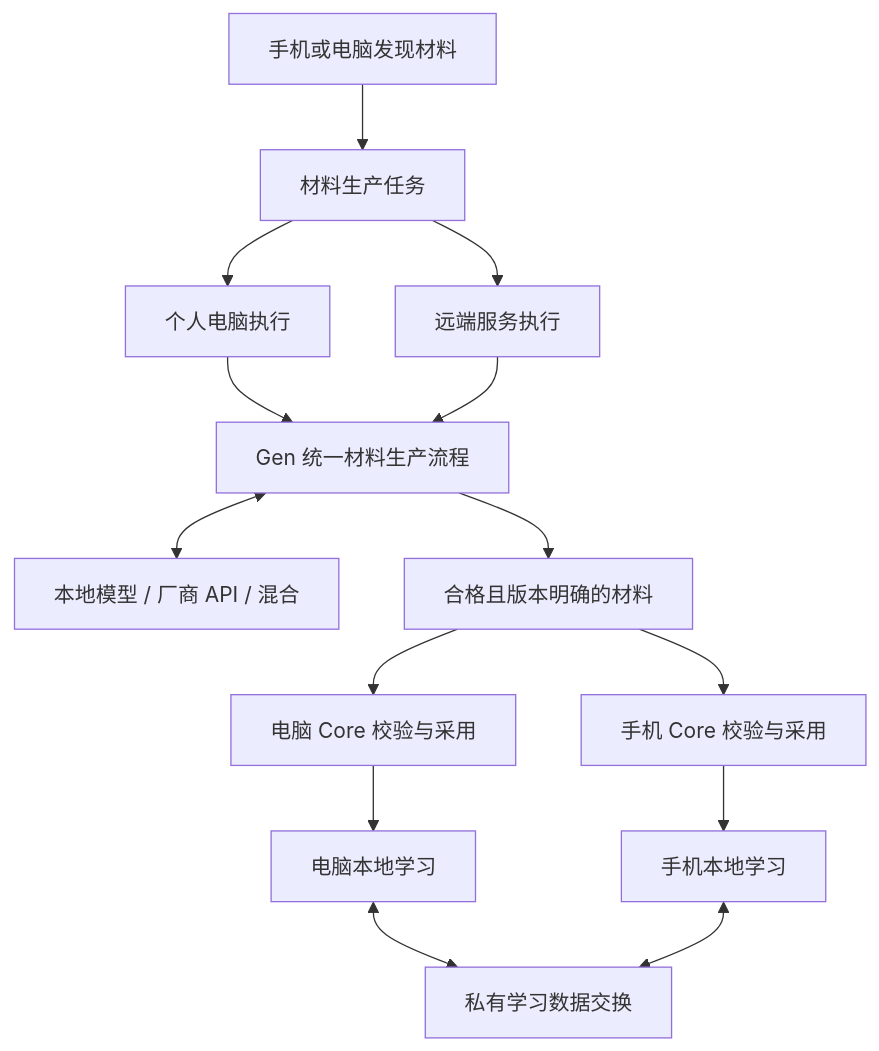
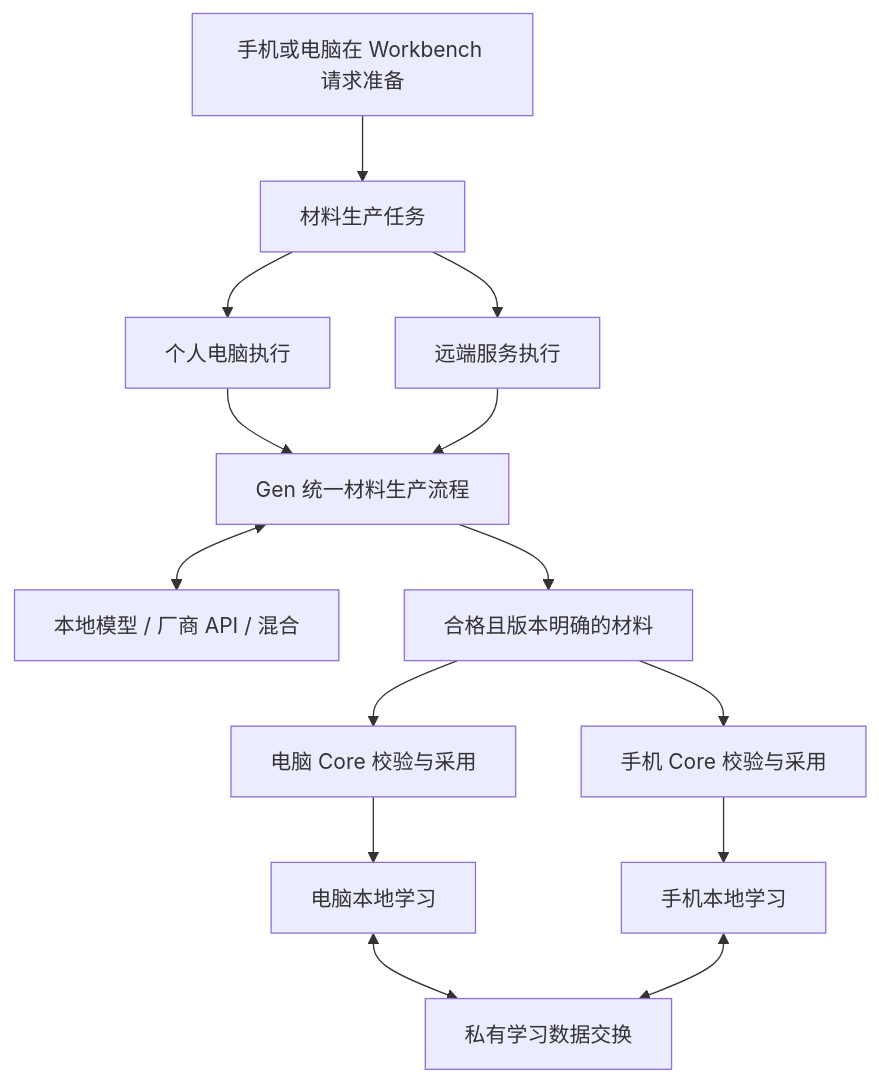
One commit to ichthyoplanktonzyh/listen changed the diagram in docs/architecture/devices-and-production.md. Above: the diagram before and after it, drawn with Mermaid. The commit also changed other lines of this file and 10 other files, not shown here.

````diff
--- a/docs/architecture/devices-and-production.md
+++ b/docs/architecture/devices-and-production.md
@@ -51,16 +57,16 @@
 ```mermaid
 flowchart TD
-    A[手机或电脑发现材料] --> B[材料生产任务]
+    A[手机或电脑在 Workbench 请求准备] --> B[材料生产任务]
     B --> C[个人电脑执行]
     B --> D[远端服务执行]
     C --> E[Gen 统一材料生产流程]
     D --> E
     E <--> F[本地模型 / 厂商 API / 混合]
     E --> G[合格且版本明确的材料]
     G --> H[电脑 Core 校验与采用]
     G --> I[手机 Core 校验与采用]
     H --> J[电脑本地学习]
     I --> K[手机本地学习]
     J <--> L[私有学习数据交换]
     K <--> L
 ```
````
